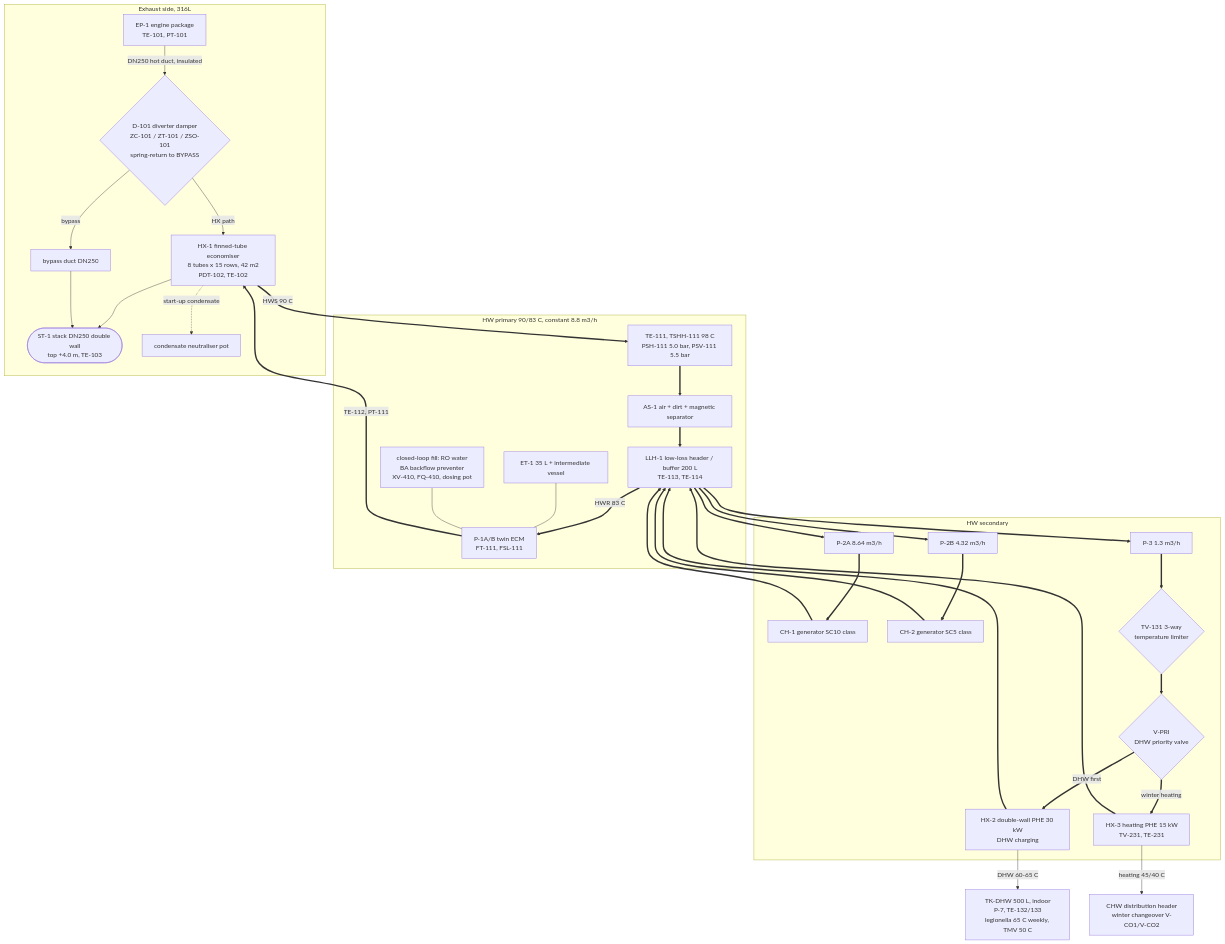
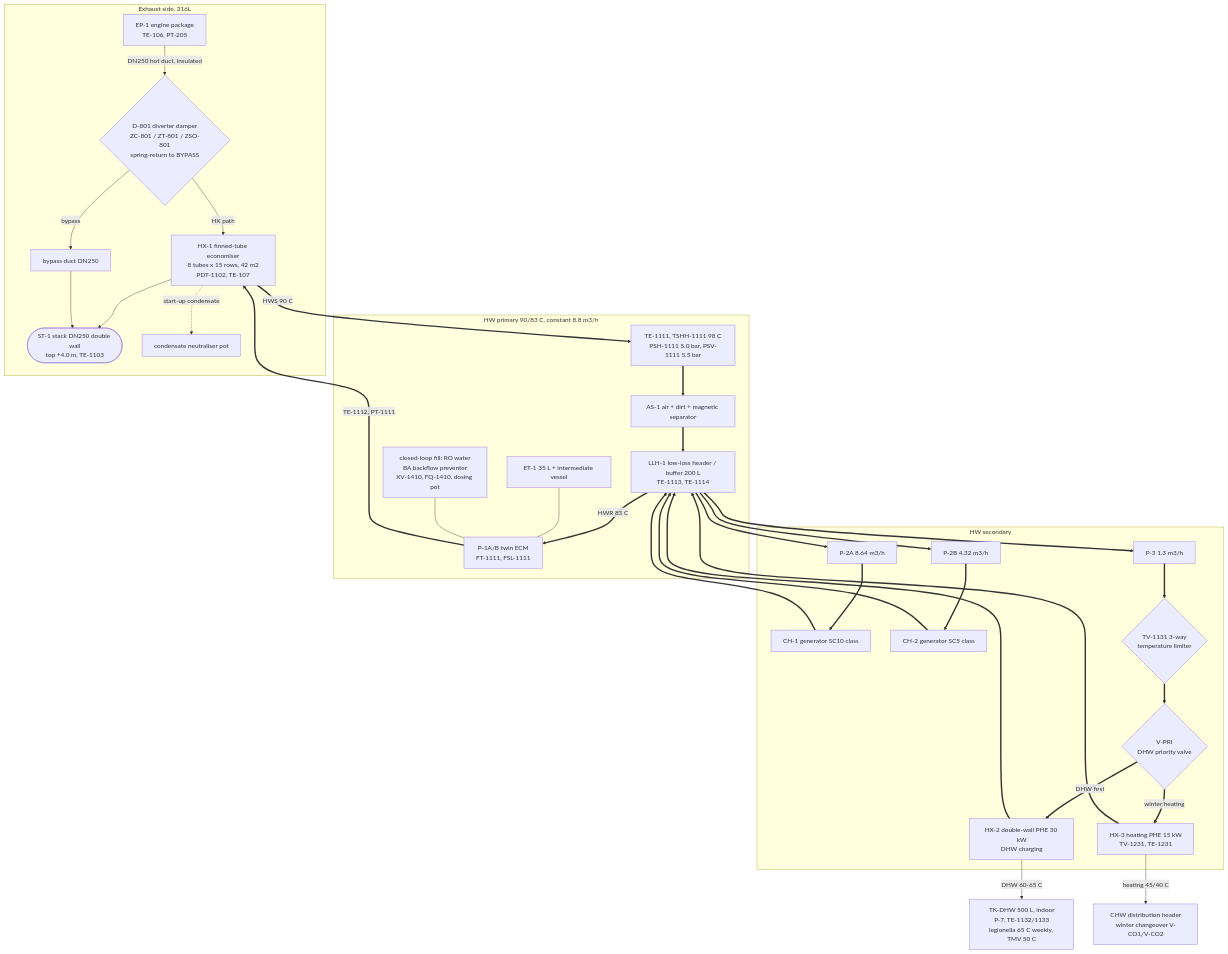
The second of 4 diagrams in docs/hvac/01_pid.md (ahmadreza221/aurora-cchp), drawn with Mermaid before and after one commit. The commit also changed other lines of this file and 19 other files, not shown here.

````diff
--- a/docs/hvac/01_pid.md
+++ b/docs/hvac/01_pid.md
@@ -44,58 +44,58 @@
 ```mermaid
 flowchart TB
   subgraph EX["Exhaust side, 316L"]
-    ENG["EP-1 engine package<br/>TE-101, PT-101"]
-    D101{"D-101 diverter damper<br/>ZC-101 / ZT-101 / ZSO-101<br/>spring-return to BYPASS"}
-    HX1["HX-1 finned-tube economiser<br/>8 tubes x 15 rows, 42 m2<br/>PDT-102, TE-102"]
+    ENG["EP-1 engine package<br/>TE-106, PT-205"]
+    D101{"D-801 diverter damper<br/>ZC-801 / ZT-801 / ZSO-801<br/>spring-return to BYPASS"}
+    HX1["HX-1 finned-tube economiser<br/>8 tubes x 15 rows, 42 m2<br/>PDT-1102, TE-107"]
     BYP["bypass duct DN250"]
-    ST1(["ST-1 stack DN250 double wall<br/>top +4.0 m, TE-103"])
+    ST1(["ST-1 stack DN250 double wall<br/>top +4.0 m, TE-1103"])
     NP["condensate neutraliser pot"]
     ENG -->|"DN250 hot duct, insulated"| D101
     D101 -->|"HX path"| HX1
     D101 -->|"bypass"| BYP
     HX1 --> ST1
     BYP --> ST1
     HX1 -.->|"start-up condensate"| NP
   end
   subgraph HWP["HW primary 90/83 C, constant 8.8 m3/h"]
-    SAF["TE-111, TSHH-111 98 C<br/>PSH-111 5.0 bar, PSV-111 5.5 bar"]
+    SAF["TE-1111, TSHH-1111 98 C<br/>PSH-1111 5.0 bar, PSV-1111 5.5 bar"]
     AS1["AS-1 air + dirt + magnetic separator"]
-    LLH["LLH-1 low-loss header / buffer 200 L<br/>TE-113, TE-114"]
-    P1["P-1A/B twin ECM<br/>FT-111, FSL-111"]
+    LLH["LLH-1 low-loss header / buffer 200 L<br/>TE-1113, TE-1114"]
+    P1["P-1A/B twin ECM<br/>FT-1111, FSL-1111"]
     ET1["ET-1 35 L + intermediate vessel"]
-    FILL["closed-loop fill: RO water<br/>BA backflow preventer<br/>XV-410, FQ-410, dosing pot"]
+    FILL["closed-loop fill: RO water<br/>BA backflow preventer<br/>XV-1410, FQ-1410, dosing pot"]
     SAF ==> AS1 ==> LLH
     LLH ==>|"HWR 83 C"| P1
     ET1 --- P1
     FILL --- P1
   end
   subgraph HWS["HW secondary"]
     P2A["P-2A 8.64 m3/h"]
     G1["CH-1 generator SC10 class"]
     P2B["P-2B 4.32 m3/h"]
     G2["CH-2 generator SC5 class"]
     P3["P-3 1.3 m3/h"]
-    TV131{"TV-131 3-way<br/>temperature limiter"}
+    TV131{"TV-1131 3-way<br/>temperature limiter"}
     VPRI{"V-PRI<br/>DHW priority valve"}
     HX2["HX-2 double-wall PHE 30 kW<br/>DHW charging"]
-    HX3["HX-3 heating PHE 15 kW<br/>TV-231, TE-231"]
+    HX3["HX-3 heating PHE 15 kW<br/>TV-1231, TE-1231"]
     P2A ==> G1
     P2B ==> G2
     P3 ==> TV131 ==> VPRI
     VPRI ==>|"DHW first"| HX2
     VPRI ==>|"winter heating"| HX3
   end
-  DHW["TK-DHW 500 L, indoor<br/>P-7, TE-132/133<br/>legionella 65 C weekly, TMV 50 C"]
+  DHW["TK-DHW 500 L, indoor<br/>P-7, TE-1132/1133<br/>legionella 65 C weekly, TMV 50 C"]
   CHWNET["CHW distribution header<br/>winter changeover V-CO1/V-CO2"]
   HX1 ==>|"HWS 90 C"| SAF
-  P1 ==>|"TE-112, PT-111"| HX1
+  P1 ==>|"TE-1112, PT-1111"| HX1
   LLH ==> P2A
   LLH ==> P2B
   LLH ==> P3
   G1 ==> LLH
   G2 ==> LLH
   HX2 ==> LLH
   HX3 ==> LLH
   HX2 -->|"DHW 60-65 C"| DHW
   HX3 -->|"heating 45/40 C"| CHWNET
 ```
````
